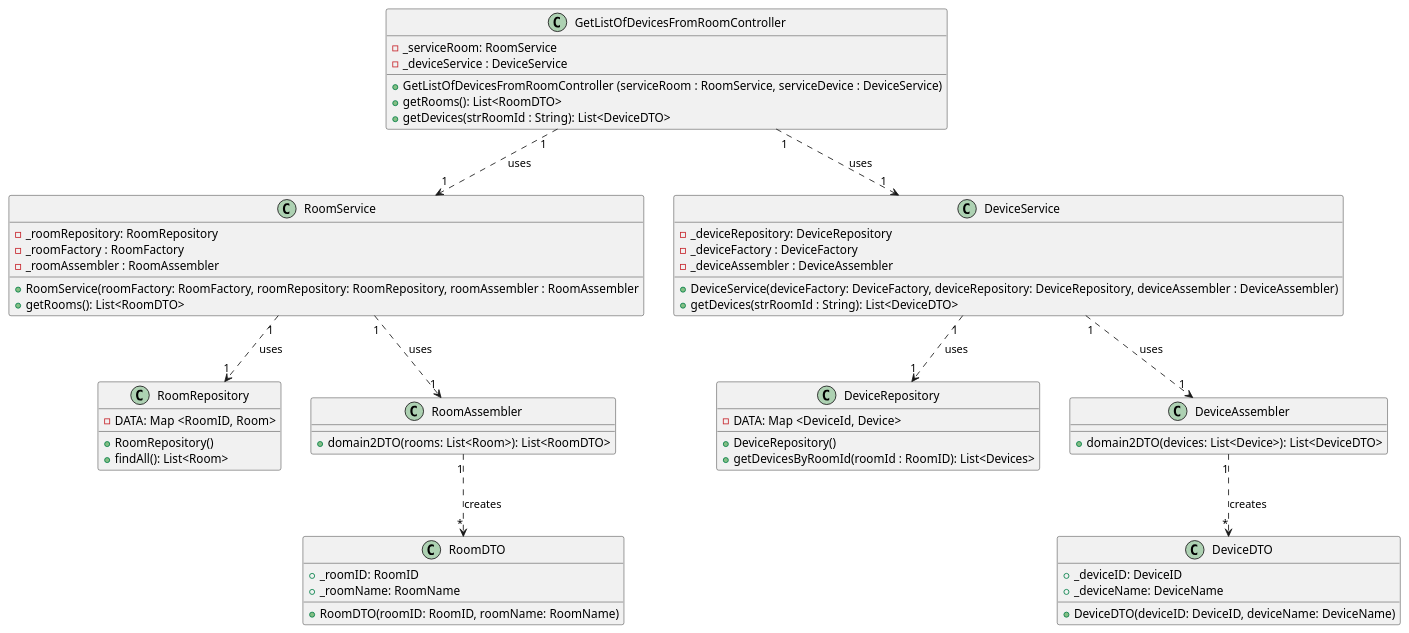
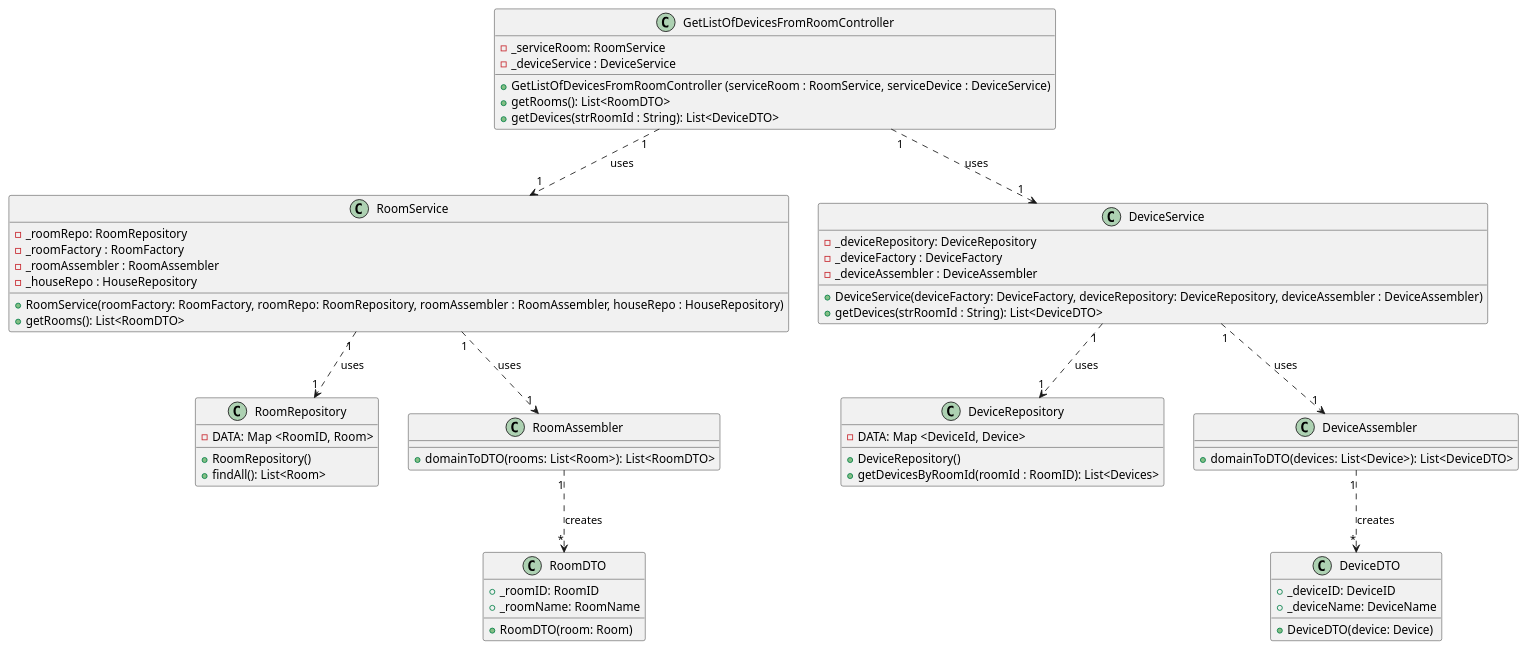
One commit to olivDiogo/SmartHome changed the diagram in docs/ood/classDiagram/US06GetListOfDevicesInRoom.puml. Above: the diagram before and after it, drawn with PlantUML.

Commit message:
Update class diagram for US06 #75

```diff
--- a/docs/ood/classDiagram/US06GetListOfDevicesInRoom.puml
+++ b/docs/ood/classDiagram/US06GetListOfDevicesInRoom.puml
@@ -1,88 +1,89 @@
 @startuml
 'https://plantuml.com/class-diagram
 
 class GetListOfDevicesFromRoomController{
 'Attributes'
 - _serviceRoom: RoomService
 - _deviceService : DeviceService
 'Methods'
 +GetListOfDevicesFromRoomController (serviceRoom : RoomService, serviceDevice : DeviceService)
 +getRooms(): List<RoomDTO>
 +getDevices(strRoomId : String): List<DeviceDTO>
 }
 
 class RoomService{
 'Attributes'
-- _roomRepository: RoomRepository
+- _roomRepo: RoomRepository
 -_roomFactory : RoomFactory
 - _roomAssembler : RoomAssembler
+- _houseRepo : HouseRepository
 'Methods'
-+RoomService(roomFactory: RoomFactory, roomRepository: RoomRepository, roomAssembler : RoomAssembler
++RoomService(roomFactory: RoomFactory, roomRepo: RoomRepository, roomAssembler : RoomAssembler, houseRepo : HouseRepository)
 +getRooms(): List<RoomDTO>
 }
 
 
 class RoomRepository{
 'Attributes'
 - DATA: Map <RoomID, Room>
 'Methods'
 +RoomRepository()
 +findAll(): List<Room>
 }
 
 class RoomAssembler{
 'Methods'
-+domain2DTO(rooms: List<Room>): List<RoomDTO>
++domainToDTO(rooms: List<Room>): List<RoomDTO>
 }
 
 class RoomDTO{
 'Attributes'
 +_roomID: RoomID
 +_roomName: RoomName
 'Methods'
-+RoomDTO(roomID: RoomID, roomName: RoomName)
++RoomDTO(room: Room)
 }
 
 class DeviceService{
 'Attributes'
 - _deviceRepository: DeviceRepository
 - _deviceFactory : DeviceFactory
 - _deviceAssembler : DeviceAssembler
 'Methods'
 +DeviceService(deviceFactory: DeviceFactory, deviceRepository: DeviceRepository, deviceAssembler : DeviceAssembler)
 +getDevices(strRoomId : String): List<DeviceDTO>
 }
 
 class DeviceRepository{
 'Attributes'
 - DATA: Map <DeviceId, Device>
 'Methods'
 +DeviceRepository()
 +getDevicesByRoomId(roomId : RoomID): List<Devices>
 }
 
 class DeviceAssembler {
 'Methods'
-+domain2DTO(devices: List<Device>): List<DeviceDTO>
++domainToDTO(devices: List<Device>): List<DeviceDTO>
 }
 
 class DeviceDTO{
 'Attributes'
 +_deviceID: DeviceID
 +_deviceName: DeviceName
 'Methods'
-+DeviceDTO(deviceID: DeviceID, deviceName: DeviceName)
++DeviceDTO(device: Device)
 }
 
 
 
 GetListOfDevicesFromRoomController "1" ..> "1" RoomService: uses
 RoomService "1" ..> "1" RoomRepository: uses
 RoomService "1" ..> "1" RoomAssembler: uses
 RoomAssembler "1" ..> "*" RoomDTO: creates
 
 GetListOfDevicesFromRoomController "1" ..> "1" DeviceService: uses
 DeviceService "1" ..> "1" DeviceRepository: uses
 DeviceService "1" ..> "1" DeviceAssembler: uses
 DeviceAssembler "1" ..> "*" DeviceDTO: creates
 @enduml
```
